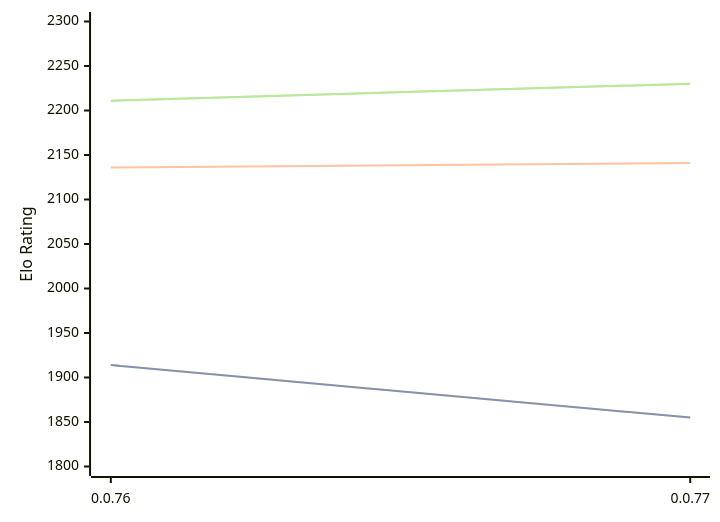
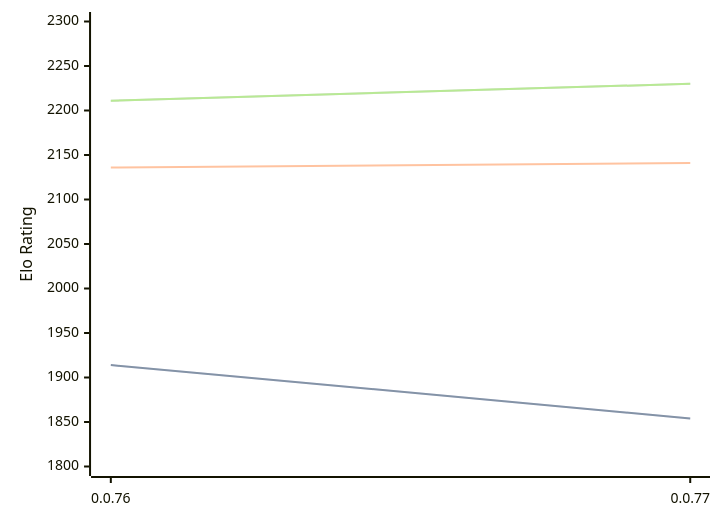
One commit to computer-chess-index/cci changed the diagram in engines/Fktb.md. Above: the diagram before and after it, drawn with Mermaid. The commit also changed other lines of this file, not shown here.

````diff
--- a/engines/Fktb.md
+++ b/engines/Fktb.md
@@ -32,11 +32,11 @@
 ```mermaid
 %%{init: {"theme":"base","themeVariables":{"seriesColors:['#a3a3a3','#222221','#faa371']}}}%%
 xychart-beta
   x-axis ["0.0.76", "0.0.77"]
   y-axis "Elo Rating" 1800 --> 2300
-  line "" [1914, 1855]
-  line "STC (8.0+0.08s)" [1914, 1855]
+  line "" [1914, 1854]
+  line "STC (8.0+0.08s)" [1914, 1854]
   line "LTC (60.0+0.60s)" [2136, 2141]
   line "" [2211, 2230]
   line "VLTC (2m24s+1.12s)" [2211, 2230]
 ```
````
